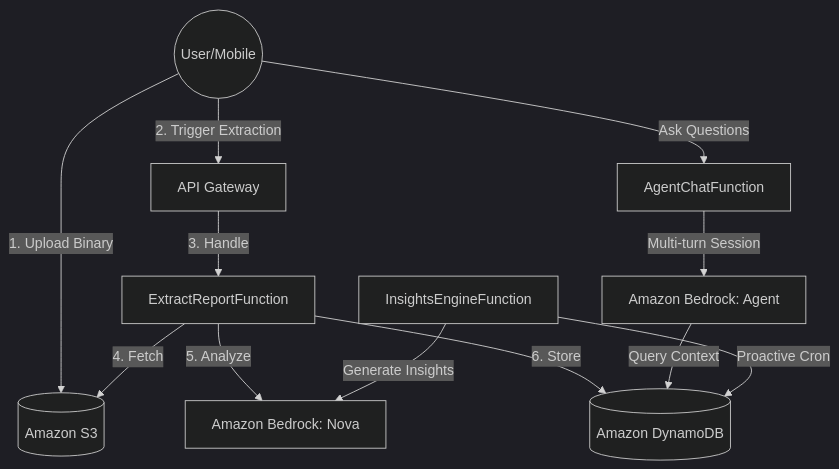
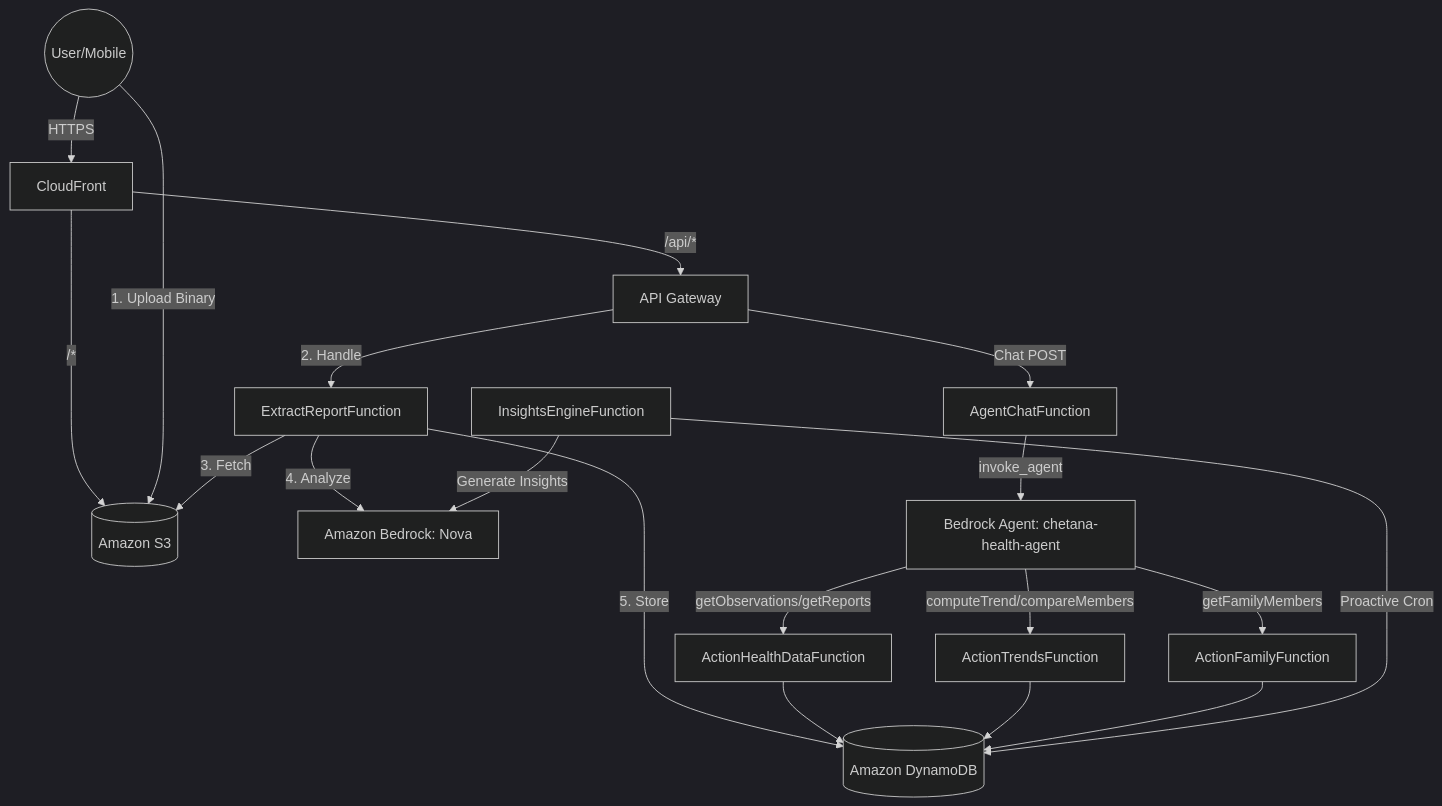
Before and after one commit to AmazonNova-Hackathon/nova-backend: the diagram in docs/architecture.md, drawn with Mermaid (dark theme). The commit also changed other lines of this file and 2 other files, not shown here.

Commit message:
feat: Implement Bedrock Agent integration, including action group registration and a dedicated chat service, along with new architecture documentation and configuration files.

````diff
--- a/docs/architecture.md
+++ b/docs/architecture.md
@@ -7,26 +7,36 @@
 ```mermaid
 graph TD
     User((User/Mobile))
+    CF[CloudFront]
     APIGW[API Gateway]
     S3[(Amazon S3)]
     DDB[(Amazon DynamoDB)]
     ExtractLambda[ExtractReportFunction]
     InsightLambda[InsightsEngineFunction]
     ChatLambda[AgentChatFunction]
     Nova[Amazon Bedrock: Nova]
-    Agent[Amazon Bedrock: Agent]
+    Agent[Bedrock Agent: chetana-health-agent]
+    AG1[ActionHealthDataFunction]
+    AG2[ActionTrendsFunction]
+    AG3[ActionFamilyFunction]
+
+    User -- HTTPS --> CF
+    CF -- /api/* --> APIGW
+    CF -- /* --> S3
 
     User -- 1. Upload Binary --> S3
-    User -- 2. Trigger Extraction --> APIGW
-    APIGW -- 3. Handle --> ExtractLambda
-    ExtractLambda -- 4. Fetch --> S3
-    ExtractLambda -- 5. Analyze --> Nova
-    ExtractLambda -- 6. Store --> DDB
-    
-    User -- Ask Questions --> ChatLambda
-    ChatLambda -- Multi-turn Session --> Agent
-    Agent -- Query Context --> DDB
-    
+    APIGW -- 2. Handle --> ExtractLambda
+    ExtractLambda -- 3. Fetch --> S3
+    ExtractLambda -- 4. Analyze --> Nova
+    ExtractLambda -- 5. Store --> DDB
+
+    APIGW -- Chat POST --> ChatLambda
+    ChatLambda -- invoke_agent --> Agent
+    Agent -- getObservations/getReports --> AG1
+    Agent -- computeTrend/compareMembers --> AG2
+    Agent -- getFamilyMembers --> AG3
+    AG1 & AG2 & AG3 --> DDB
+
     InsightLambda -- Proactive Cron --> DDB
     InsightLambda -- Generate Insights --> Nova
 ```
````
